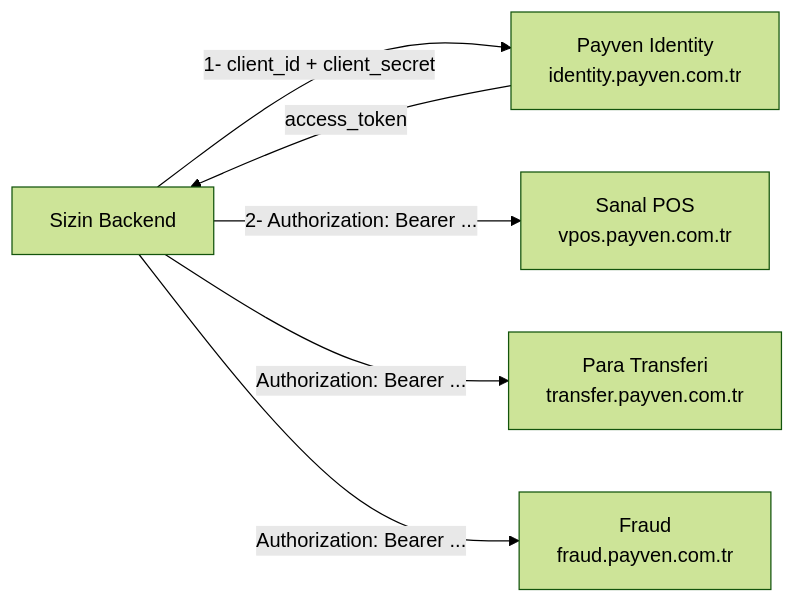
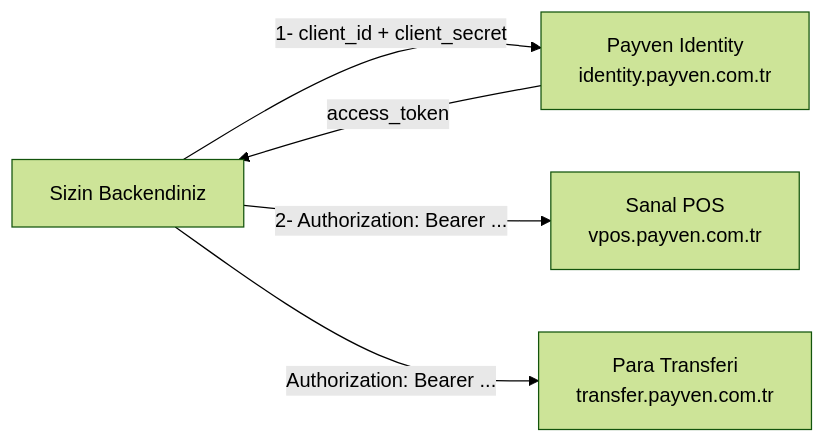
One commit to payment-pos/mintlify changed the first of 3 diagrams in documentation/architecture.mdx. Above: the diagram before and after it, drawn with Mermaid (forest theme). The commit also changed other lines of this file and 19 other files, not shown here.

````diff
--- a/documentation/architecture.mdx
+++ b/documentation/architecture.mdx
@@ -10,15 +10,13 @@
 ```mermaid
 flowchart LR
-    Client["Sizin Backend"]
+    Client["Sizin Backendiniz"]
 
     Identity["Payven Identity<br/>identity.payven.com.tr"]
     VPOS["Sanal POS<br/>vpos.payven.com.tr"]
     Transfer["Para Transferi<br/>transfer.payven.com.tr"]
-    Fraud["Fraud<br/>fraud.payven.com.tr"]
 
     Client -->|"1- client_id + client_secret"| Identity
     Identity -->|"access_token"| Client
     Client -->|"2- Authorization: Bearer ..."| VPOS
     Client -->|"Authorization: Bearer ..."| Transfer
-    Client -->|"Authorization: Bearer ..."| Fraud
 ```
````
